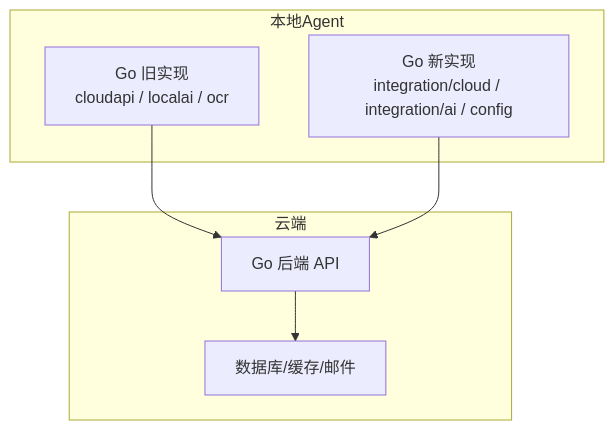
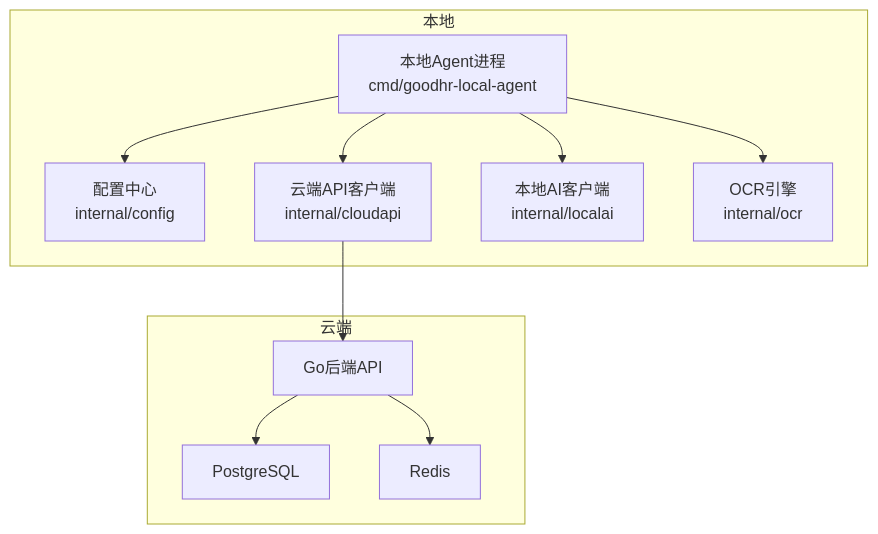
One commit to alvinwangzi/goodhr changed the first of 6 diagrams in .qoder/repowiki/zh/content/系统架构/本地Agent架构/系统集成.md. Above: the diagram before and after it, drawn with Mermaid. The commit also changed other lines of this file and 149 other files, not shown here.

````diff
--- a/.qoder/repowiki/zh/content/系统架构/本地Agent架构/系统集成.md
+++ b/.qoder/repowiki/zh/content/系统架构/本地Agent架构/系统集成.md
@@ -45,14 +38,22 @@
 ```mermaid
 graph TB
-subgraph "本地Agent"
-A["Go 旧实现<br/>cloudapi / localai / ocr"]
-B["Go 新实现<br/>integration/cloud / integration/ai / config"]
+subgraph "本地"
+A["本地Agent进程<br/>cmd/goodhr-local-agent"]
+B["配置中心<br/>internal/config"]
+C["云端API客户端<br/>internal/cloudapi"]
+D["本地AI客户端<br/>internal/localai"]
+E["OCR引擎<br/>internal/ocr"]
 end
 subgraph "云端"
-C["Go 后端 API"]
-D["数据库/缓存/邮件"]
+F["Go后端API"]
+G["PostgreSQL"]
+H["Redis"]
 end
+A --> B
 A --> C
-B --> C
-C --> D
+A --> D
+A --> E
+C --> F
+F --> G
+F --> H
 ```
````
